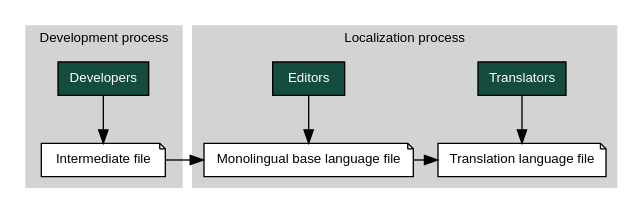
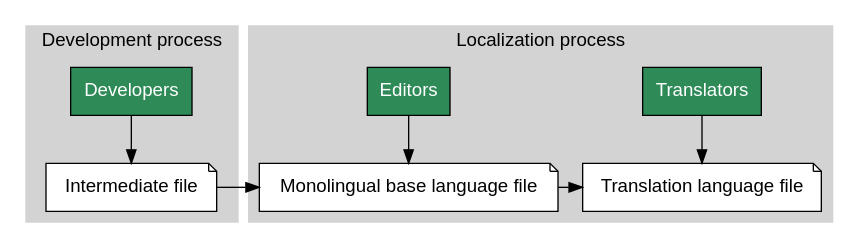
Before and after one commit to vendasta/weblate: the diagram in docs/workflows.rst, drawn with Graphviz. The commit also changed other lines of this file and 1873 other files, not shown here.

```diff
--- a/docs/workflows.rst
+++ b/docs/workflows.rst
@@ -196,36 +173,42 @@
 .. graphviz::
 
     digraph translations {
-        graph [fontname = "sans-serif", fontsize=10];
-        node [fontname = "sans-serif", fontsize=10, margin=0.1, height=0, style=filled, fillcolor=white, shape=note];
-        edge [fontname = "sans-serif", fontsize=10];
+        graph [fontname = "sans-serif"];
+        node [fontname = "sans-serif"];
+        edge [fontname = "sans-serif"];
 
         subgraph cluster_dev {
             style=filled;
             color=lightgrey;
+            node [style=filled,fillcolor=white];
 
             label = "Development process";
 
-            "Developers" [shape=box, fillcolor="#144d3f", fontcolor=white];
+            "Developers" [shape=box, fillcolor=seagreen, fontcolor=white, style=filled];
             "Developers" -> "Intermediate file";
+            "Intermediate file" [shape=note];
         }
 
         subgraph cluster_l10n {
             style=filled;
             color=lightgrey;
+            node [style=filled,fillcolor=white];
 
             label = "Localization process";
 
-            "Translators" [shape=box, fillcolor="#144d3f", fontcolor=white];
-            "Editors" [shape=box, fillcolor="#144d3f", fontcolor=white];
+            "Translators" [shape=box, fillcolor=seagreen, fontcolor=white, style=filled];
+            "Editors" [shape=box, fillcolor=seagreen, fontcolor=white, style=filled];
+
+            "Monolingual base language file" [shape=note];
+            "Translation language file" [shape=note];
 
             "Editors" -> "Monolingual base language file";
             "Translators" -> "Translation language file";
         }
 
 
 
         "Intermediate file" -> "Monolingual base language file" [constraint=false];
         "Monolingual base language file" -> "Translation language file" [constraint=false];
 
     }
```
